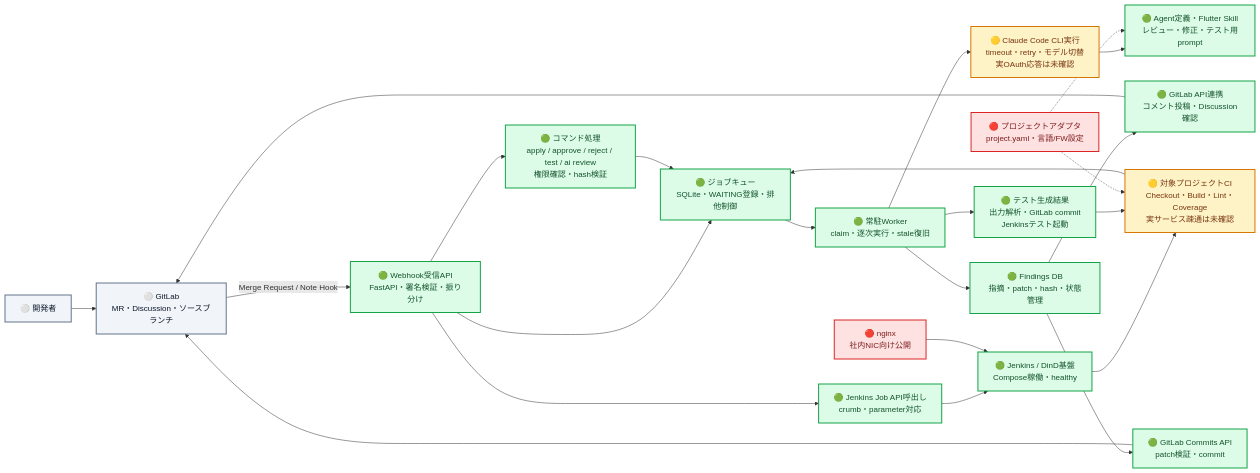
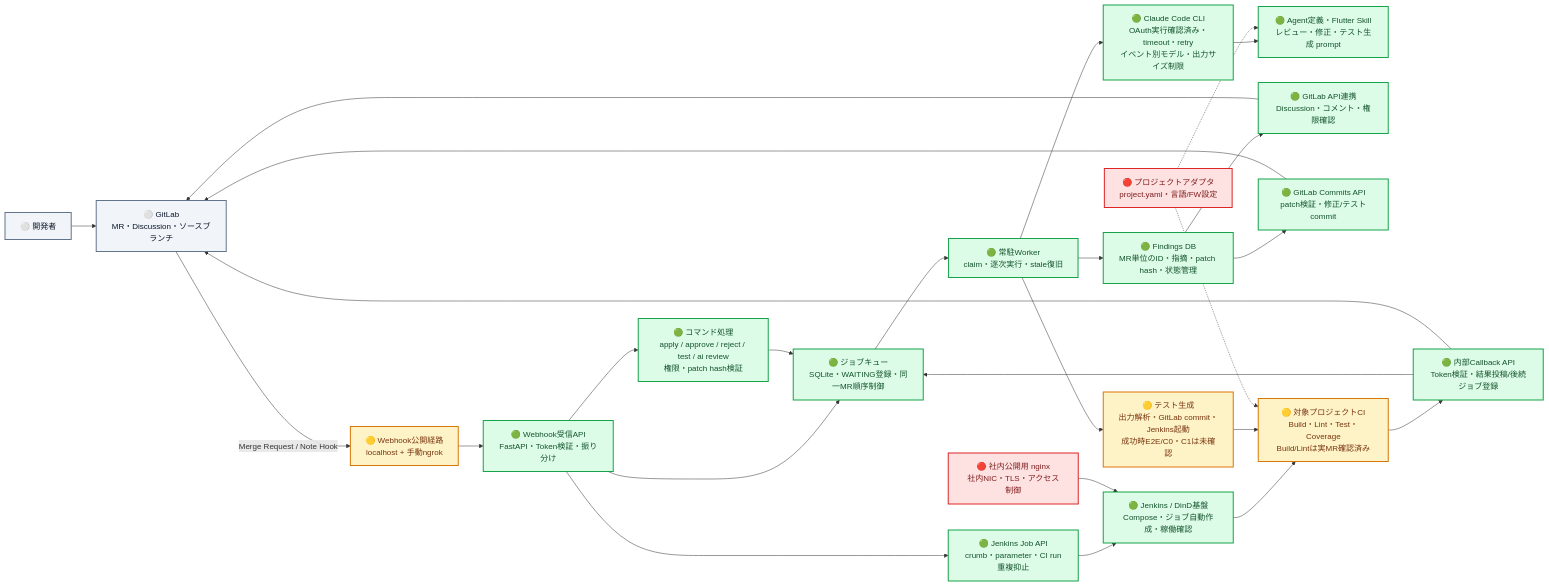
One commit to yugoueda/AI_Jenkins changed the first of 2 diagrams in Doc/進捗_コンポーネント関係図.md. Above: the diagram before and after it, drawn with Mermaid. The commit also changed other lines of this file and 16 other files, not shown here.

Commit message:
fix: streamline approval and test generation flow

````diff
--- a/Doc/進捗_コンポーネント関係図.md
+++ b/Doc/進捗_コンポーネント関係図.md
@@ -15,41 +15,44 @@
 ```mermaid
 flowchart LR
     User["⚪ 開発者"] --> GL["⚪ GitLab<br/>MR・Discussion・ソースブランチ"]
 
-    GL -- "Merge Request / Note Hook" --> WH["🟢 Webhook受信API<br/>FastAPI・署名検証・振り分け"]
-    WH --> CMD["🟢 コマンド処理<br/>apply / approve / reject / test / ai review<br/>権限確認・hash検証"]
-    WH --> Q["🟢 ジョブキュー<br/>SQLite・WAITING登録・排他制御"]
+    GL -- "Merge Request / Note Hook" --> PUB["🟡 Webhook公開経路<br/>localhost + 手動ngrok"]
+    PUB --> WH["🟢 Webhook受信API<br/>FastAPI・Token検証・振り分け"]
+    WH --> CMD["🟢 コマンド処理<br/>apply / approve / reject / test / ai review<br/>権限・patch hash検証"]
+    WH --> Q["🟢 ジョブキュー<br/>SQLite・WAITING登録・同一MR順序制御"]
     CMD --> Q
 
     Q --> WORKER["🟢 常駐Worker<br/>claim・逐次実行・stale復旧"]
-    WORKER --> CLI["🟡 Claude Code CLI実行<br/>timeout・retry・モデル切替<br/>実OAuth応答は未確認"]
-    CLI --> PROMPT["🟢 Agent定義・Flutter Skill<br/>レビュー・修正・テスト用prompt"]
+    WORKER --> CLI["🟢 Claude Code CLI<br/>OAuth実行確認済み・timeout・retry<br/>イベント別モデル・出力サイズ制限"]
+    CLI --> PROMPT["🟢 Agent定義・Flutter Skill<br/>レビュー・修正・テスト生成 prompt"]
 
-    WORKER --> FIND["🟢 Findings DB<br/>指摘・patch・hash・状態管理"]
-    WORKER --> TESTGEN["🟢 テスト生成結果<br/>出力解析・GitLab commit<br/>Jenkinsテスト起動"]
+    WORKER --> FIND["🟢 Findings DB<br/>MR単位のID・指摘・patch hash・状態管理"]
+    WORKER --> TESTGEN["🟡 テスト生成<br/>出力解析・GitLab commit・Jenkins起動<br/>成功時E2E/C0・C1は未確認"]
 
-    FIND --> GLAPI["🟢 GitLab API連携<br/>コメント投稿・Discussion確認"]
+    FIND --> GLAPI["🟢 GitLab API連携<br/>Discussion・コメント・権限確認"]
     GLAPI --> GL
-    FIND --> GIT["🟢 GitLab Commits API<br/>patch検証・commit"]
+    FIND --> GIT["🟢 GitLab Commits API<br/>patch検証・修正/テストcommit"]
     GIT --> GL
 
-    WH --> JTRIGGER["🟢 Jenkins Job API呼出し<br/>crumb・parameter対応"]
-    JTRIGGER --> JENKINS["🟢 Jenkins / DinD基盤<br/>Compose稼働・healthy"]
-    JENKINS --> PIPE["🟡 対象プロジェクトCI<br/>Checkout・Build・Lint・Coverage<br/>実サービス疎通は未確認"]
-    PIPE --> Q
+    WH --> JTRIGGER["🟢 Jenkins Job API<br/>crumb・parameter・CI run重複抑止"]
+    JTRIGGER --> JENKINS["🟢 Jenkins / DinD基盤<br/>Compose・ジョブ自動作成・稼働確認"]
+    JENKINS --> PIPE["🟡 対象プロジェクトCI<br/>Build・Lint・Test・Coverage<br/>Build/Lintは実MR確認済み"]
+    PIPE --> JCALLBACK["🟢 内部Callback API<br/>Token検証・結果投稿/後続ジョブ登録"]
+    JCALLBACK --> Q
+    JCALLBACK --> GL
     TESTGEN --> PIPE
 
-    NGINX["🔴 nginx<br/>社内NIC向け公開"] --> JENKINS
+    NGINX["🔴 社内公開用 nginx<br/>社内NIC・TLS・アクセス制御"] --> JENKINS
     ADAPTER["🔴 プロジェクトアダプタ<br/>project.yaml・言語/FW設定"] -.-> PROMPT
     ADAPTER -.-> PIPE
 
     classDef external fill:#f1f5f9,stroke:#64748b,color:#0f172a,stroke-width:2px;
     classDef done fill:#dcfce7,stroke:#16a34a,color:#14532d,stroke-width:2px;
     classDef partial fill:#fef3c7,stroke:#d97706,color:#78350f,stroke-width:2px;
     classDef missing fill:#fee2e2,stroke:#dc2626,color:#7f1d1d,stroke-width:2px;
 
     class User,GL external;
-    class WH,CMD,Q,WORKER,PROMPT,FIND,TESTGEN,GLAPI,GIT,JTRIGGER,JENKINS done;
-    class CLI,PIPE partial;
+    class WH,CMD,Q,WORKER,CLI,PROMPT,FIND,GLAPI,GIT,JTRIGGER,JENKINS,JCALLBACK done;
+    class PUB,TESTGEN,PIPE partial;
     class NGINX,ADAPTER missing;
 ```
````
